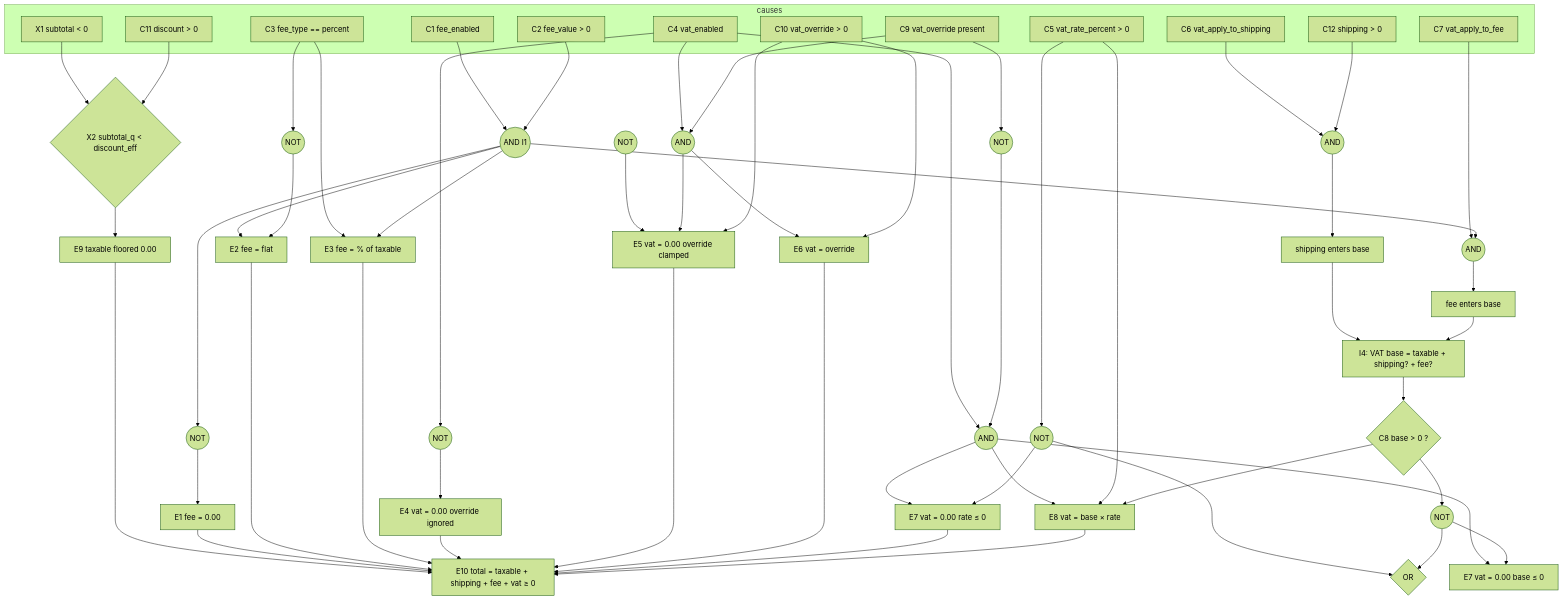
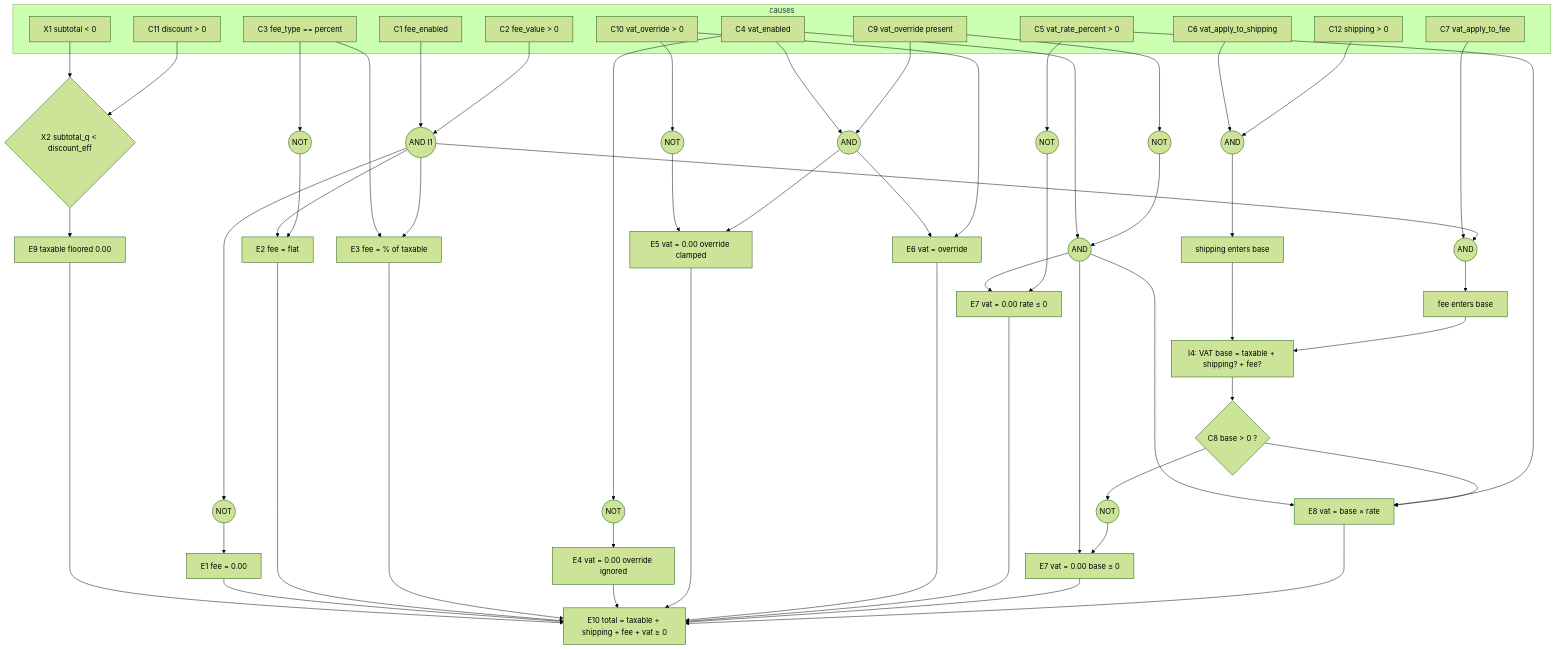
The diagram in lab/docs/ceg.md (Prekzursil/tss), drawn with Mermaid (forest theme) before and after one commit. The commit also changed other lines of this file and 31 other files, not shown here.

````diff
--- a/lab/docs/ceg.md
+++ b/lab/docs/ceg.md
@@ -99,75 +99,76 @@
 ```mermaid
 flowchart TD
     subgraph CAUSES[causes]
         C1[C1 fee_enabled]
         C2[C2 fee_value &gt; 0]
         C3[C3 fee_type == percent]
         C4[C4 vat_enabled]
         C5[C5 vat_rate_percent &gt; 0]
         C6[C6 vat_apply_to_shipping]
         C7[C7 vat_apply_to_fee]
         C9[C9 vat_override present]
         C10[C10 vat_override &gt; 0]
         C11[C11 discount &gt; 0]
         C12[C12 shipping &gt; 0]
         X1[X1 subtotal &lt; 0]
     end
 
     G1((AND I1)) --> E2[E2 fee = flat]
     C1 --> G1
     C2 --> G1
     N3((NOT)) --> E2
     C3 --> N3
     C3 --> E3[E3 fee = % of taxable]
     G1 --> E3
     NG1((NOT)) --> E1[E1 fee = 0.00]
     G1 --> NG1
 
     GS((AND)) --> BS[shipping enters base]
     C6 --> GS
     C12 --> GS
     GF((AND)) --> BF[fee enters base]
     C7 --> GF
     G1 --> GF
     BS --> BASE[I4: VAT base = taxable + shipping? + fee?]
     BF --> BASE
     BASE --> C8{C8 base &gt; 0 ?}
 
     NC4((NOT)) --> E4[E4 vat = 0.00 override ignored]
     C4 --> NC4
     C4 --> GO((AND))
     C9 --> GO
     NC10((NOT)) --> E5[E5 vat = 0.00 override clamped]
     GO --> E5
-    C10 --> E5
+    C10 --> NC10
     GO --> E6[E6 vat = override]
     C10 --> E6
     C4 --> GC((AND))
     NC9((NOT)) --> GC
     C9 --> NC9
-    NC5((NOT)) --> V0{OR}
+    NC5((NOT))
     C5 --> NC5
-    NC8((NOT)) --> V0
+    NC8((NOT))
     C8 --> NC8
     GC --> E7a[E7 vat = 0.00 rate ≤ 0]
     NC5 --> E7a
     GC --> E7b[E7 vat = 0.00 base ≤ 0]
     NC8 --> E7b
     GC --> E8[E8 vat = base × rate]
     C5 --> E8
     C8 --> E8
 
     X1 --> GX2{X2 subtotal_q &lt; discount_eff}
     C11 --> GX2
     GX2 --> E9[E9 taxable floored 0.00]
 
     E9 --> TOT[E10 total = taxable + shipping + fee + vat ≥ 0]
     E1 --> TOT
     E2 --> TOT
     E3 --> TOT
     E4 --> TOT
     E5 --> TOT
     E6 --> TOT
     E7a --> TOT
+    E7b --> TOT
     E8 --> TOT
 ```
````
